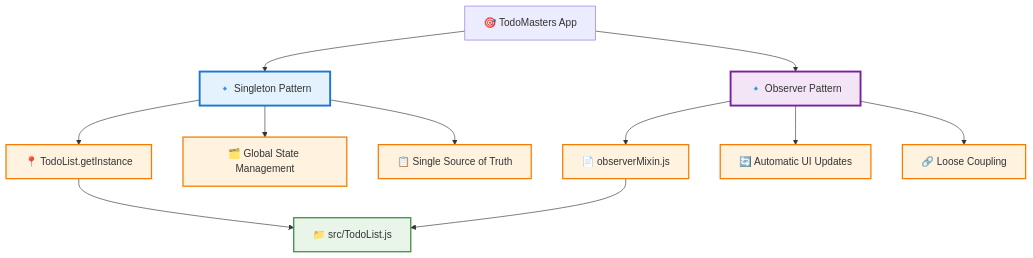
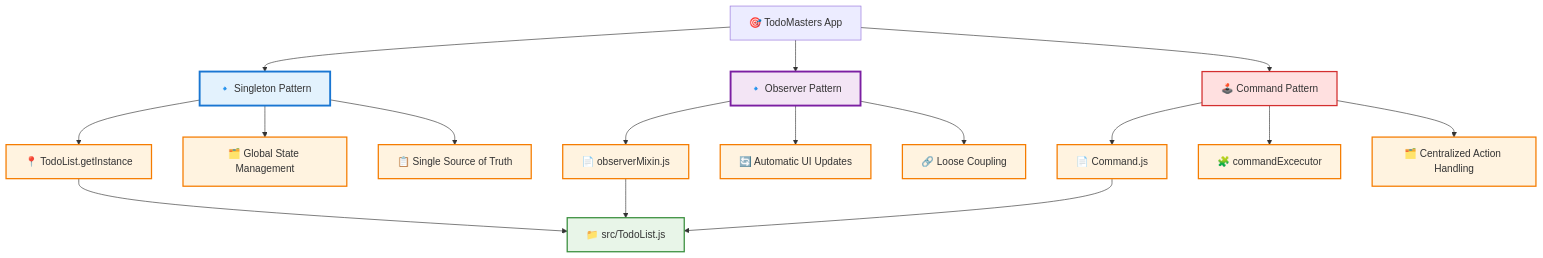
Before and after one commit to Shinkei/js-todo-patterns: the third of 3 diagrams in README.md, drawn with Mermaid. The commit also changed other lines of this file, not shown here.

Commit message:
update readme with command pattern

````diff
--- a/README.md
+++ b/README.md
@@ -87,26 +104,34 @@
 ```mermaid
 flowchart TD
     A[🎯 TodoMasters App] --> B[🔹 Singleton Pattern]
     A --> C[🔹 Observer Pattern]
-    
-    B --> D[📍 TodoList.getInstance]
-    B --> E[🗂️ Global State Management]
-    B --> F[📋 Single Source of Truth]
-    
-    C --> G[📄 observerMixin.js]
-    C --> H[🔄 Automatic UI Updates]
-    C --> I[🔗 Loose Coupling]
-    
-    D --> J[📁 src/TodoList.js]
-    G --> J
-    
+    A --> D[🕹️ Command Pattern]
+
+    B --> E[📍 TodoList.getInstance]
+    B --> F[🗂️ Global State Management]
+    B --> G[📋 Single Source of Truth]
+
+    C --> H[📄 observerMixin.js]
+    C --> I[🔄 Automatic UI Updates]
+    C --> J[🔗 Loose Coupling]
+
+    D --> K[📄 Command.js]
+    D --> L[🧩 commandExcecutor]
+    D --> M[🗂️ Centralized Action Handling]
+
+    E --> N[📁 src/TodoList.js]
+    H --> N
+    K --> N
+
     classDef singleton fill:#e3f2fd,stroke:#1976d2,stroke-width:3px
     classDef observer fill:#f3e5f5,stroke:#7b1fa2,stroke-width:3px
+    classDef command fill:#ffe0e0,stroke:#d32f2f,stroke-width:2px
     classDef file fill:#e8f5e8,stroke:#388e3c,stroke-width:2px
     classDef feature fill:#fff3e0,stroke:#f57c00,stroke-width:2px
-    
+
     class B singleton
     class C observer
-    class J file
-    class D,E,F,G,H,I feature
+    class D command
+    class N file
+    class E,F,G,H,I,J,K,L,M feature
 ```
````
